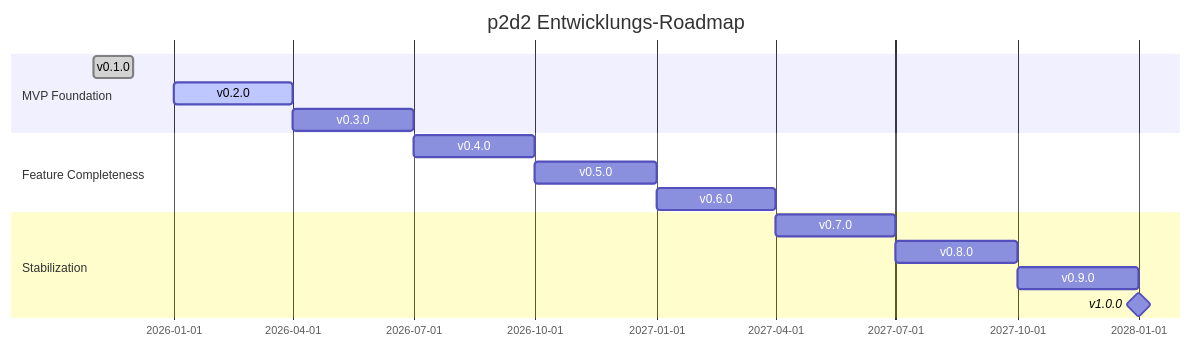
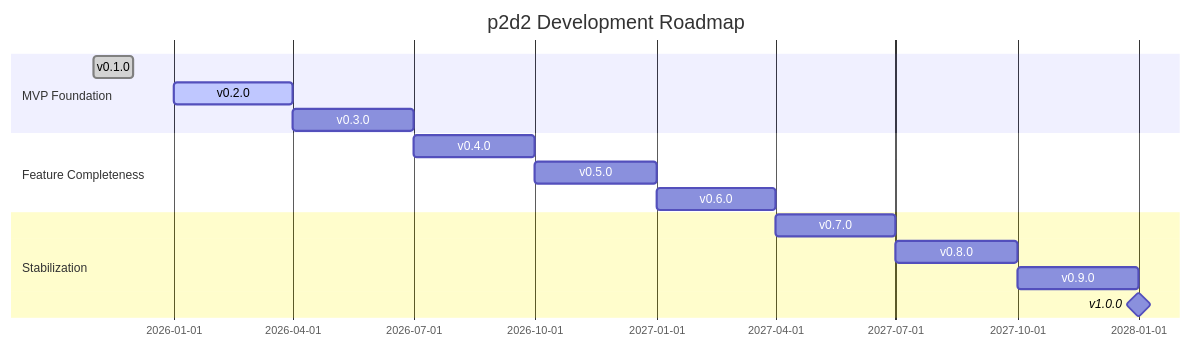
Before and after one commit to Peter-Koenig/p2d2-docs-hub: the first of 3 diagrams in de/planning/index.md, drawn with Mermaid. The commit also changed other lines of this file and 4 other files, not shown here.

Commit message:
Mermaid-Plugin installiert

````diff
--- a/de/planning/index.md
+++ b/de/planning/index.md
@@ -34,21 +36,21 @@
 ```mermaid
 gantt
-    title p2d2 Entwicklungs-Roadmap
+    title p2d2 Development Roadmap
     dateFormat  YYYY-MM
     
     section MVP Foundation
     v0.1.0 :done, 2025-11, 1M
     v0.2.0 :active, 2026-01, 3M
     v0.3.0 :2026-04, 3M
     
     section Feature Completeness
     v0.4.0 :2026-07, 3M
     v0.5.0 :2026-10, 3M
     v0.6.0 :2027-01, 3M
     
     section Stabilization
     v0.7.0 :2027-04, 3M
     v0.8.0 :2027-07, 3M
     v0.9.0 :2027-10, 3M
     v1.0.0 :milestone, 2028-01, 0M
 ```
````
